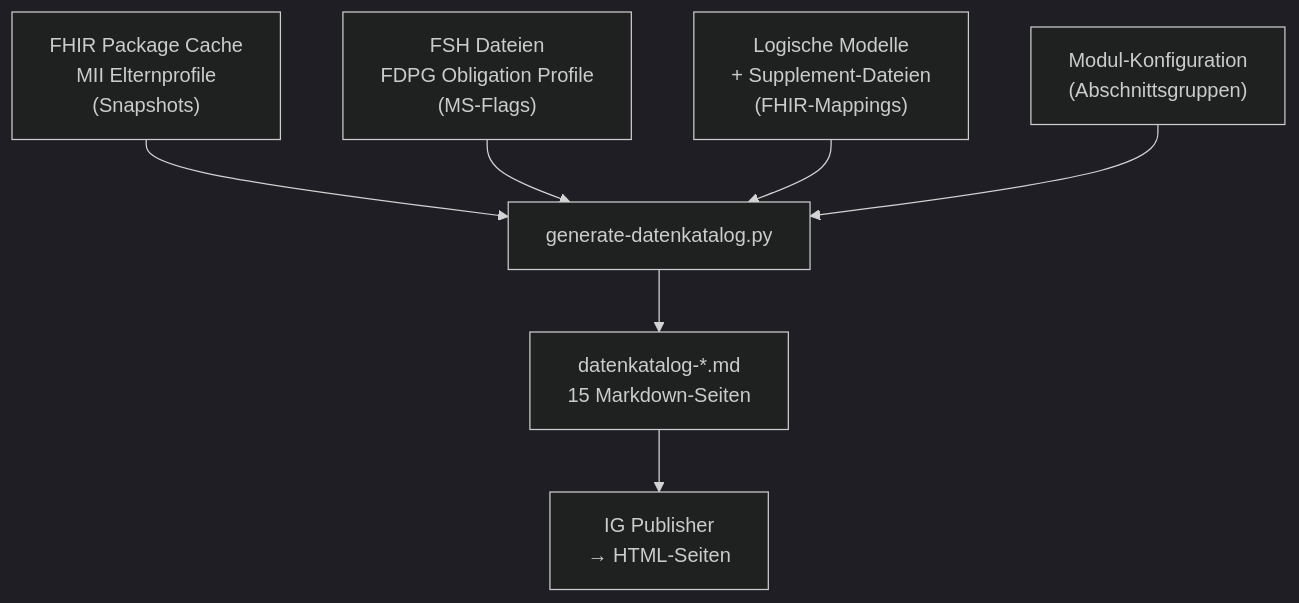
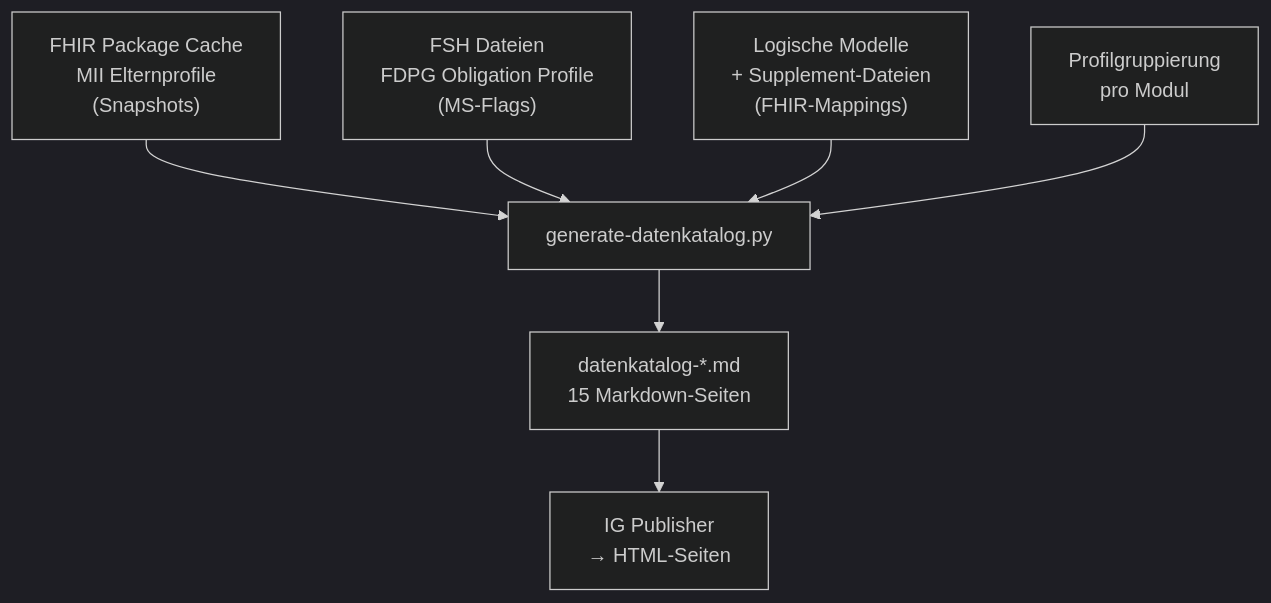
One commit to medizininformatik-initiative/kds-fdpg-layer changed the second of 2 diagrams in reports/modulsprecher-report.md. Above: the diagram before and after it, drawn with Mermaid (dark theme). The commit also changed other lines of this file and 2 other files, not shown here.

````diff
--- a/reports/modulsprecher-report.md
+++ b/reports/modulsprecher-report.md
@@ -74,9 +60,9 @@
 ```mermaid
 graph TD
   A["FHIR Package Cache<br/>MII Elternprofile<br/>(Snapshots)"] --> G["generate-datenkatalog.py"]
   B["FSH Dateien<br/>FDPG Obligation Profile<br/>(MS-Flags)"] --> G
   C["Logische Modelle<br/>+ Supplement-Dateien<br/>(FHIR-Mappings)"] --> G
-  D["Modul-Konfiguration<br/>(Abschnittsgruppen)"] --> G
+  D["Profilgruppierung<br/>pro Modul"] --> G
   G --> E["datenkatalog-*.md<br/>15 Markdown-Seiten"]
   E --> F["IG Publisher<br/>→ HTML-Seiten"]
 ```
````
